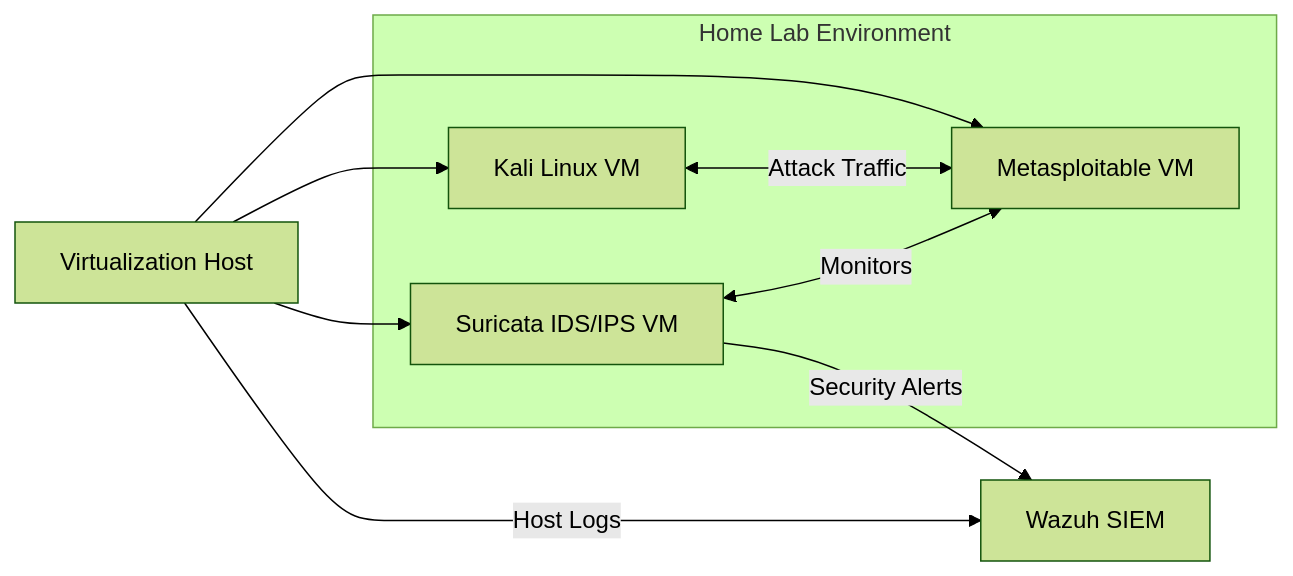
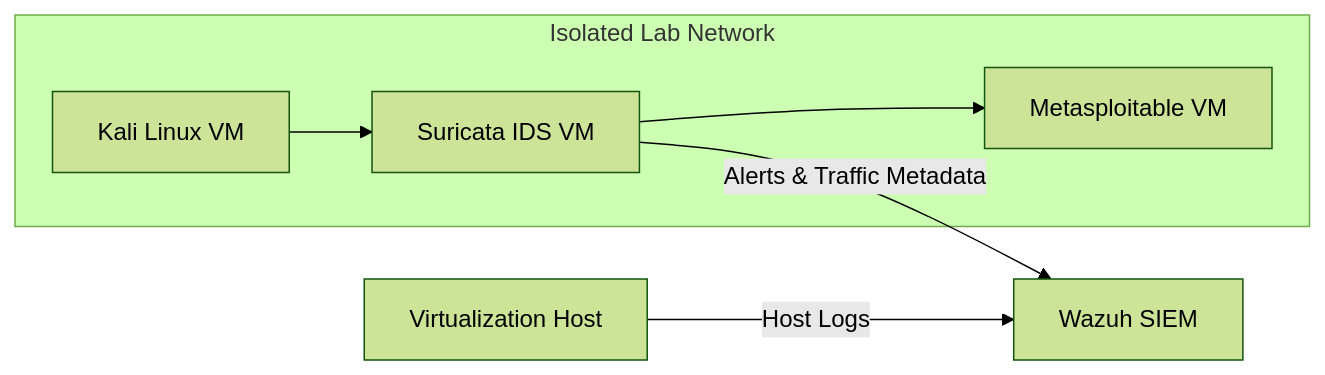
Before and after one commit to BrettPridemore/Cybersecurity-Home-Lab: the diagram in README.md, drawn with Mermaid (forest theme).

````diff
--- a/README.md
+++ b/README.md
@@ -29,23 +29,19 @@
 ```mermaid
 graph LR
  
 SIEM["Wazuh SIEM"]
  
 HOST["Virtualization Host"]
  
-subgraph "Home Lab Environment"
+subgraph "Isolated Lab Network"
 KALI["Kali Linux VM"]
-IDS["Suricata IDS/IPS VM"]
+IDS["Suricata IDS VM"]
 META["Metasploitable VM"]
+ 
+KALI --> IDS
+IDS --> META
 end
  
-HOST --> KALI
-HOST --> IDS
-HOST --> META
- 
-KALI <-- Attack Traffic --> META
-IDS <-- Monitors --> META
- 
+IDS -->|Alerts & Traffic Metadata| SIEM
 HOST -->|Host Logs| SIEM
-IDS -->|Security Alerts| SIEM
 ```
````
